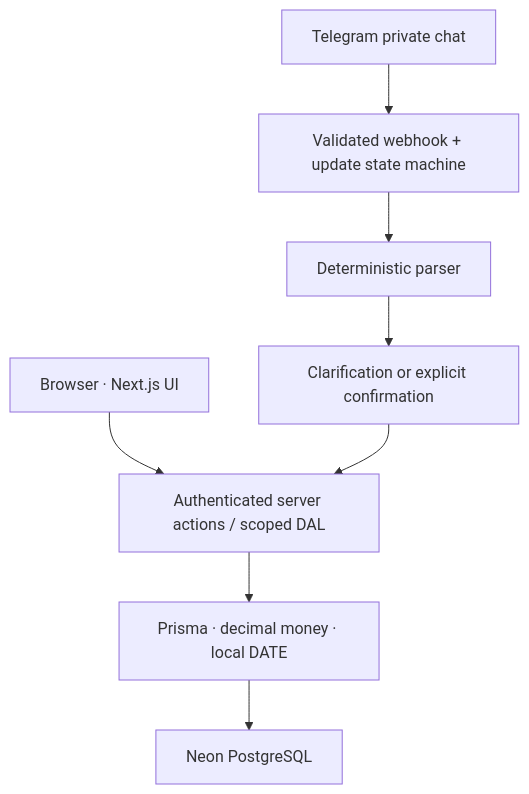
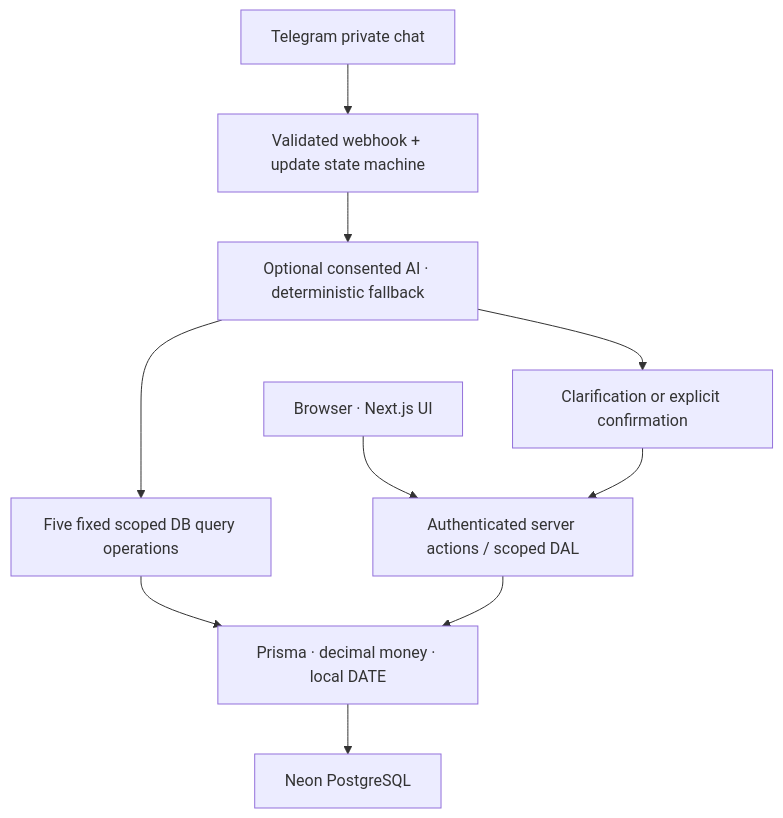
The diagram in README.md (shahrilyusoff11/duitflow), drawn with Mermaid before and after one commit. The commit also changed other lines of this file and 33 other files, not shown here.

First line of the commit message:
feat(ai): implement AI schemas and configuration for finance queries

````diff
--- a/README.md
+++ b/README.md
@@ -168,10 +174,12 @@
 ```mermaid
 flowchart TD
   Browser["Browser · Next.js UI"] --> Server["Authenticated server actions / scoped DAL"]
   Telegram["Telegram private chat"] --> Webhook["Validated webhook + update state machine"]
-  Webhook --> Parser["Deterministic parser"]
+  Webhook --> Parser["Optional consented AI · deterministic fallback"]
+  Parser --> Query["Five fixed scoped DB query operations"]
   Parser --> Pending["Clarification or explicit confirmation"]
   Pending --> Server
+  Query --> Prisma
   Server --> Prisma["Prisma · decimal money · local DATE"]
   Prisma --> PostgreSQL["Neon PostgreSQL"]
 ```
````
